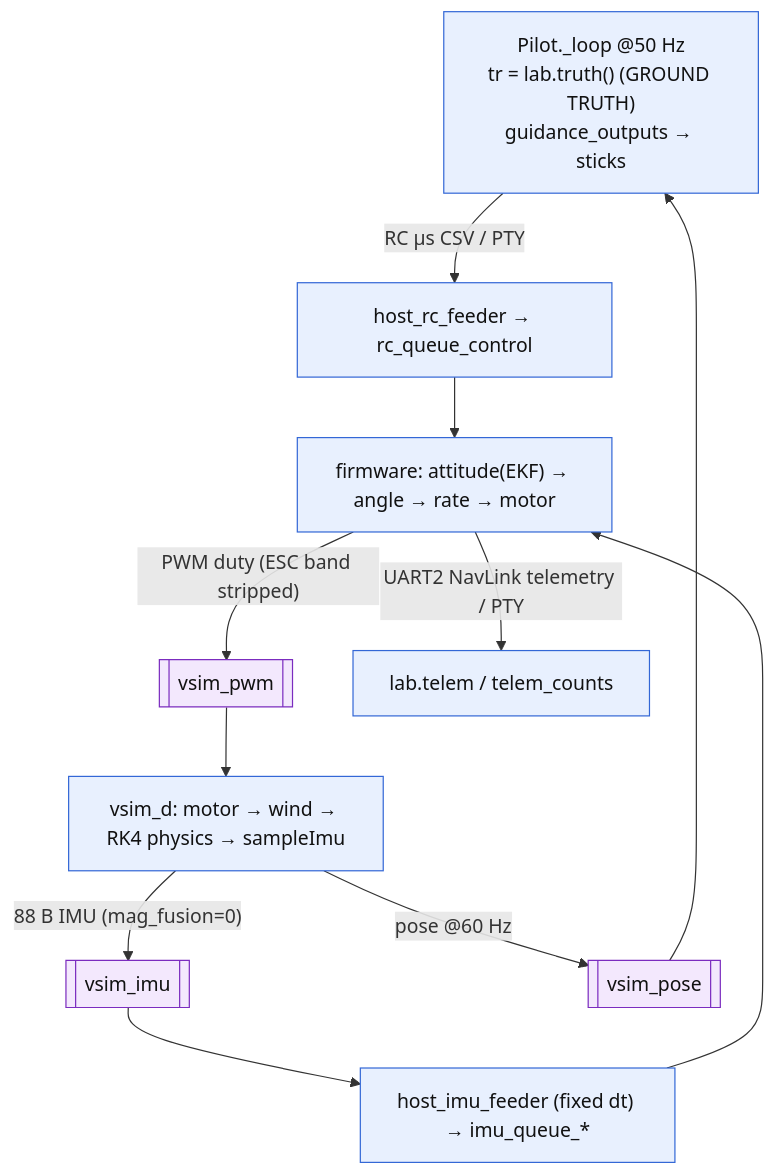
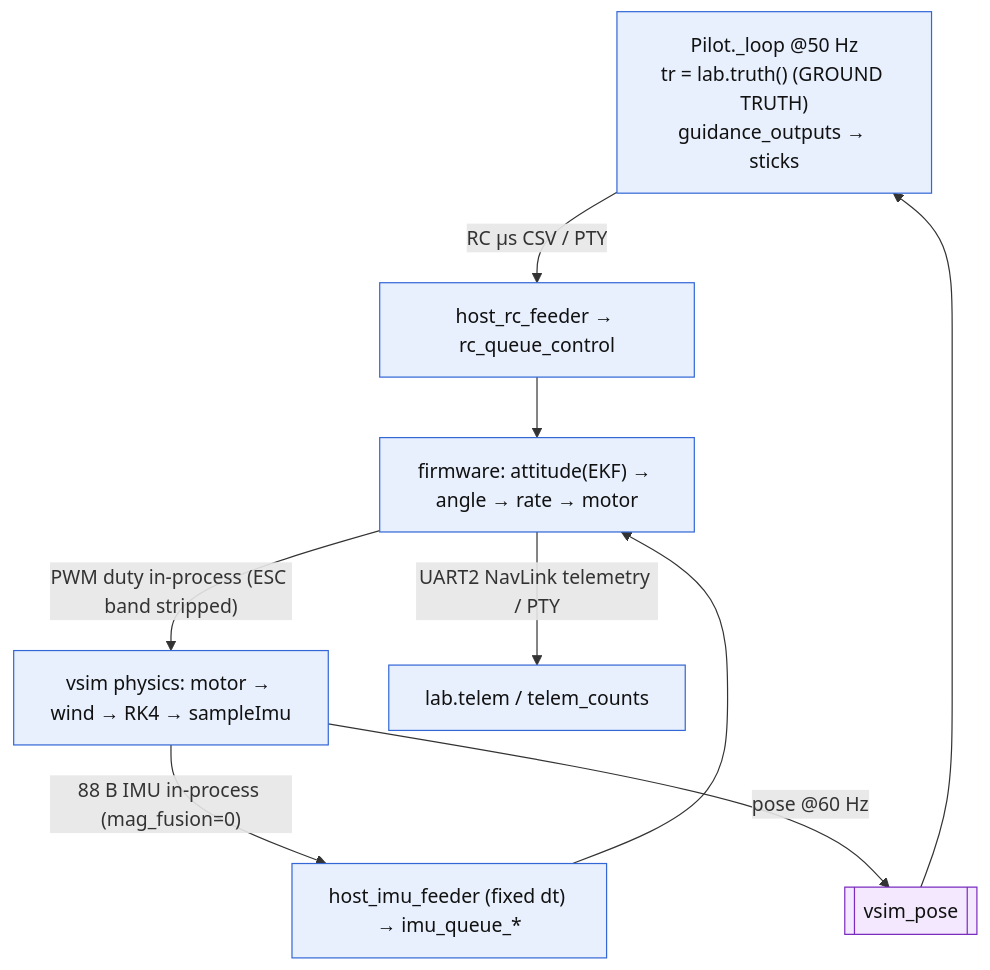
The fourth of 5 diagrams in sim/vsim/docs/reference/sim-architecture.md (ragnar-vallhala/vayu), drawn with Mermaid before and after one commit. The commit also changed other lines of this file and 40 other files, not shown here.

````diff
--- a/sim/vsim/docs/reference/sim-architecture.md
+++ b/sim/vsim/docs/reference/sim-architecture.md
@@ -133,16 +156,14 @@
 ```mermaid
 flowchart TD
     classDef proc fill:#e8f0fe,stroke:#3367d6,color:#111;
     classDef pipe fill:#f3e8fd,stroke:#7b2cbf,color:#111;
 
     G["Pilot._loop @50 Hz<br/>tr = lab.truth() (GROUND TRUTH)<br/>guidance_outputs → sticks"]:::proc
     G -->|"RC µs CSV / PTY"| RCF["host_rc_feeder → rc_queue_control"]:::proc
     RCF --> FCT["firmware: attitude(EKF) → angle → rate → motor"]:::proc
-    FCT -->|"PWM duty (ESC band stripped)"| PWM[["vsim_pwm"]]:::pipe
-    PWM --> PHYS["vsim_d: motor → wind → RK4 physics → sampleImu"]:::proc
-    PHYS -->|"88 B IMU (mag_fusion=0)"| IMUP[["vsim_imu"]]:::pipe
+    FCT -->|"PWM duty in-process (ESC band stripped)"| PHYS["vsim physics: motor → wind → RK4 → sampleImu"]:::proc
+    PHYS -->|"88 B IMU in-process (mag_fusion=0)"| FEED["host_imu_feeder (fixed dt) → imu_queue_*"]:::proc --> FCT
     PHYS -->|"pose @60 Hz"| POSEP[["vsim_pose"]]:::pipe
-    IMUP --> FEED["host_imu_feeder (fixed dt) → imu_queue_*"]:::proc --> FCT
     POSEP --> G
     FCT -->|"UART2 NavLink telemetry / PTY"| TEL["lab.telem / telem_counts"]:::proc
 ```
````
